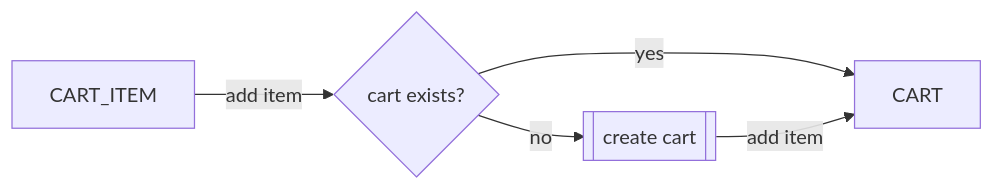
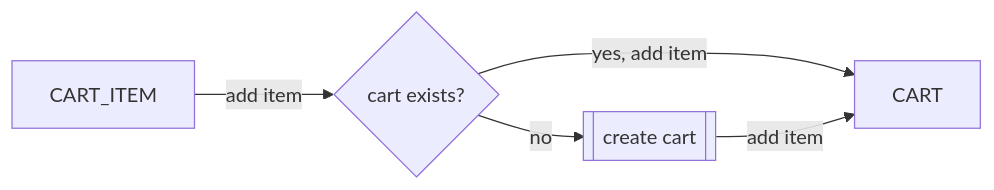
The first of 4 diagrams in testing/store.md (DanielValenzuelaPerez/mermaid-demo), drawn with Mermaid before and after one commit. The commit also changed other lines of this file, not shown here.

````diff
--- a/testing/store.md
+++ b/testing/store.md
@@ -6,9 +6,9 @@
 ```mermaid
 flowchart LR
     cart_exists{cart exists?}
     create_cart[[create cart]]
     CART_ITEM-->|add item|cart_exists
-    cart_exists-->|yes|CART
+    cart_exists-->|yes, add item|CART
     cart_exists-->|no|create_cart
     create_cart-->|add item|CART
 ```
````
